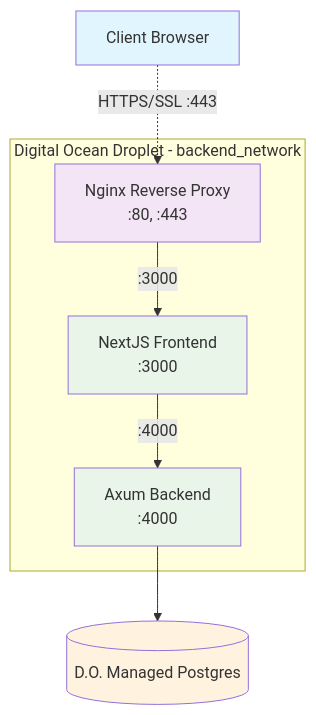
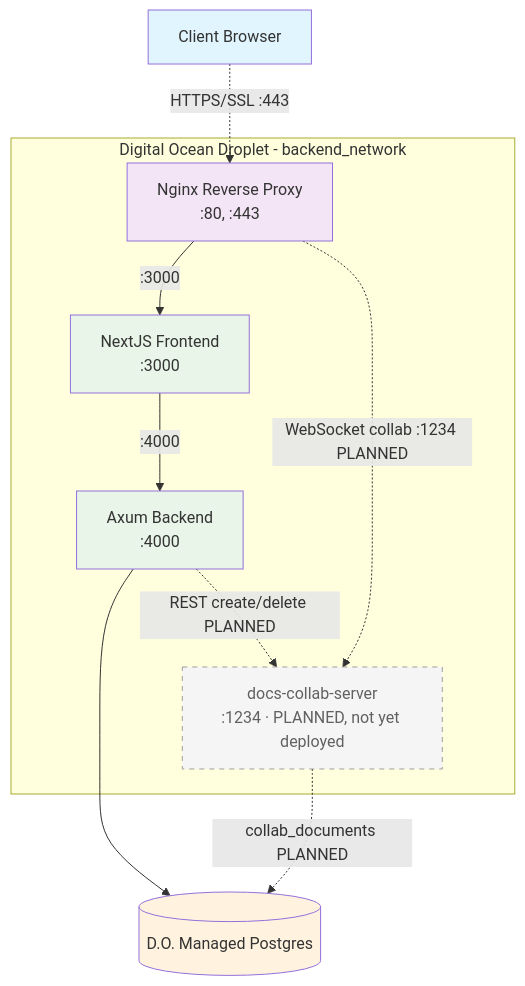
The diagram in docs/architecture/network_flow_diagram.md (refactor-group/refactor-platform-rs), drawn with Mermaid before and after one commit. The commit also changed other lines of this file and 3 other files, not shown here.

First line of the commit message:
docs(architecture): add collab-server component diagram; reflect docs-collab-server in system/crate/network diagrams

````diff
--- a/docs/architecture/network_flow_diagram.md
+++ b/docs/architecture/network_flow_diagram.md
@@ -5,27 +5,35 @@
 ```mermaid
 flowchart TB
     Client[Client Browser]
     
     subgraph DO[Digital Ocean Droplet - backend_network]
         Nginx[Nginx Reverse Proxy<br/>:80, :443]
         NextJS[NextJS Frontend<br/>:3000]
         Axum[Axum Backend<br/>:4000]
+        DocsCollab[docs-collab-server<br/>:1234 · PLANNED, not yet deployed]
     end
     
     Postgres[(D.O. Managed Postgres)]
     
     Client -.->|HTTPS/SSL :443| Nginx
     Nginx -->|:3000| NextJS
     NextJS -->|:4000| Axum
     Axum --> Postgres
     
+    %% Collaboration: validated locally, production routing planned (not yet deployed)
+    Nginx -.->|WebSocket collab :1234 PLANNED| DocsCollab
+    Axum -.->|REST create/delete PLANNED| DocsCollab
+    DocsCollab -.->|collab_documents PLANNED| Postgres
+    
     classDef client fill:#e1f5fe
     classDef infrastructure fill:#f3e5f5
     classDef application fill:#e8f5e8
     classDef database fill:#fff3e0
+    classDef planned fill:#f5f5f5,stroke:#9e9e9e,stroke-dasharray:5 5,color:#616161
     
     class Client client
     class Nginx infrastructure
     class NextJS,Axum application
     class Postgres database
+    class DocsCollab planned
 ```
````
